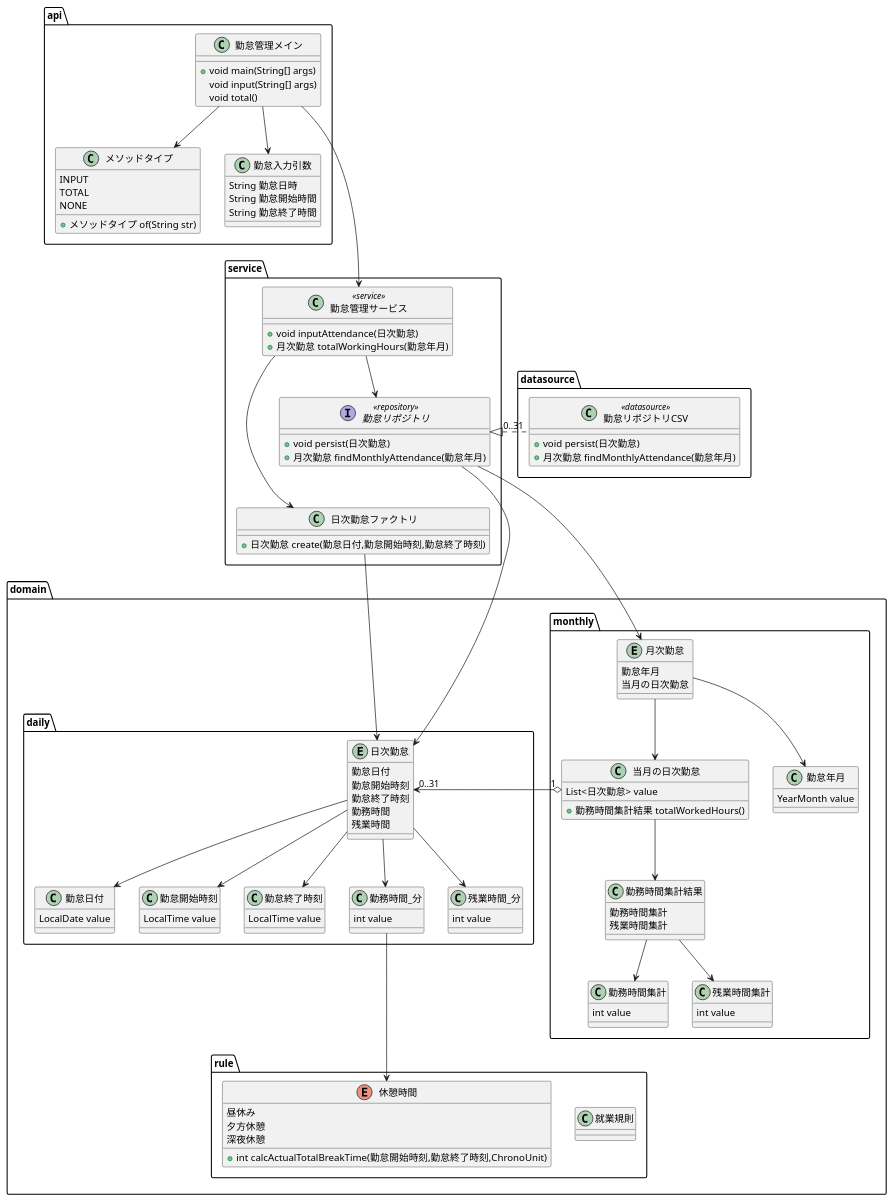
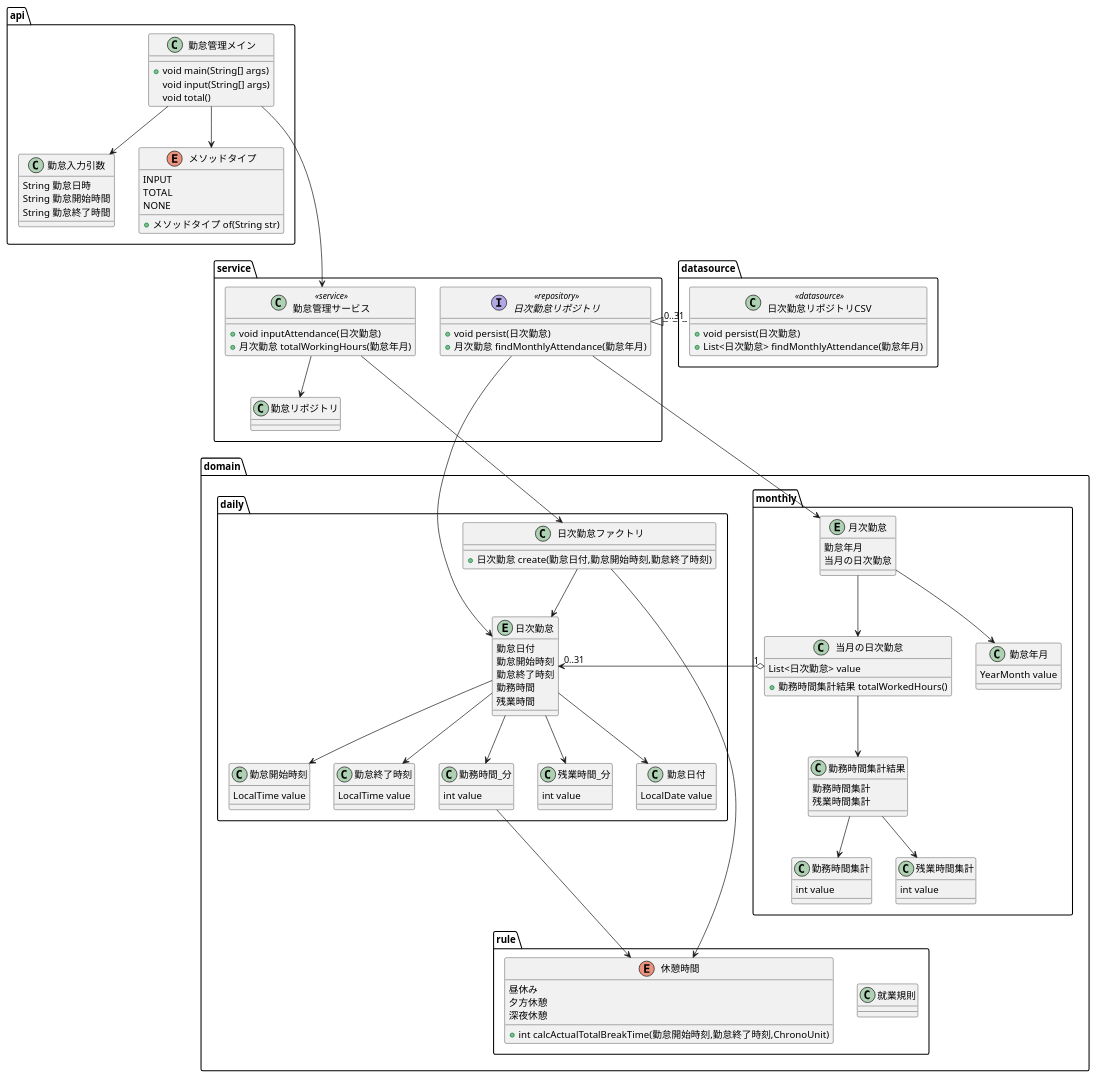
The diagram in apps/kintai/etc/design/model.puml (biglobe-isp/kintai), drawn with PlantUML before and after one commit.

Commit message:
refactor: ドメインモデル修正

```diff
--- a/apps/kintai/etc/design/model.puml
+++ b/apps/kintai/etc/design/model.puml
@@ -1,145 +1,149 @@
 @startuml 勤怠管理
 
 package datasource {
-    class 勤怠リポジトリCSV << datasource >> {
+    class 日次勤怠リポジトリCSV << datasource >> {
         +void persist(日次勤怠)
-        +月次勤怠 findMonthlyAttendance(勤怠年月)
+        +List<日次勤怠> findMonthlyAttendance(勤怠年月)
     }
 }
 
 package domain {
     package rule {
         class 就業規則 {           
         }
 
         enum 休憩時間 {
             昼休み
             夕方休憩
             深夜休憩
             +int calcActualTotalBreakTime(勤怠開始時刻,勤怠終了時刻,ChronoUnit)
         }
     }
 
     package monthly {
         entity 月次勤怠 {
             勤怠年月
             当月の日次勤怠
         }
 
         class 当月の日次勤怠 {
             List<日次勤怠> value
             +勤務時間集計結果 totalWorkedHours()
         }
 
         class 勤怠年月 {
             YearMonth value        
         }
 
         class 勤務時間集計結果 {
             勤務時間集計
             残業時間集計
         }
 
         class 勤務時間集計 {
             int value        
         }
 
         class 残業時間集計 {
             int value        
         }
         
         当月の日次勤怠-->勤務時間集計結果
         勤務時間集計結果-->勤務時間集計
         勤務時間集計結果-->残業時間集計
     }
 
     package daily {
+        class 日次勤怠ファクトリ {
+            +日次勤怠 create(勤怠日付,勤怠開始時刻,勤怠終了時刻)
+        }
+        
         entity 日次勤怠 {
             勤怠日付
             勤怠開始時刻
             勤怠終了時刻
             勤務時間
             残業時間
         }
         
         class 勤怠日付 {
             LocalDate value        
         }
 
         class 勤怠開始時刻 {
             LocalTime value        
         }
 
         class 勤怠終了時刻 {
             LocalTime value        
         }
 
         class 勤務時間_分 {
             int value         
         }
 
         class 残業時間_分 {
             int value
         }
     }
-    
+    日次勤怠ファクトリ-->日次勤怠
+    日次勤怠ファクトリ-->休憩時間
+
     月次勤怠-->勤怠年月
     月次勤怠-->当月の日次勤怠
 
     当月の日次勤怠  "1" o-> "0..31" 日次勤怠
+
     日次勤怠-->勤怠日付
     日次勤怠-->勤怠開始時刻
     日次勤怠-->勤怠終了時刻
     日次勤怠-->勤務時間_分
     日次勤怠-->残業時間_分
     勤務時間_分--->休憩時間
 }
 
 package service {
     class 勤怠管理サービス << service >> {
         +void inputAttendance(日次勤怠)
         +月次勤怠 totalWorkingHours(勤怠年月)
     }
-    class 日次勤怠ファクトリ {
-        +日次勤怠 create(勤怠日付,勤怠開始時刻,勤怠終了時刻)
-    }
-    interface 勤怠リポジトリ << repository >> {
+
+    interface 日次勤怠リポジトリ << repository >> {
         +void persist(日次勤怠)
         +月次勤怠 findMonthlyAttendance(勤怠年月)
     }
     勤怠管理サービス--->日次勤怠ファクトリ
-    日次勤怠ファクトリ-->日次勤怠
     勤怠管理サービス-->勤怠リポジトリ
-    勤怠リポジトリ<|."0..31" 勤怠リポジトリCSV
+    日次勤怠リポジトリ<|."0..31" 日次勤怠リポジトリCSV
 
 
-    勤怠リポジトリ--->月次勤怠
-    勤怠リポジトリ--->日次勤怠
+    日次勤怠リポジトリ--->月次勤怠
+    日次勤怠リポジトリ--->日次勤怠
 
 }
 
 package api {
     class 勤怠管理メイン {
         +void main(String[] args)
         void input(String[] args)
         void total()
     }
 
-    class メソッドタイプ {
+    enum メソッドタイプ {
         INPUT
         TOTAL
         NONE
         +メソッドタイプ of(String str)
     }
     
     class 勤怠入力引数 {
         String 勤怠日時
         String 勤怠開始時間
         String 勤怠終了時間
     }
 
     勤怠管理メイン--->勤怠管理サービス
     勤怠管理メイン-->メソッドタイプ
     勤怠管理メイン-->勤怠入力引数
 }
 @enduml
```
